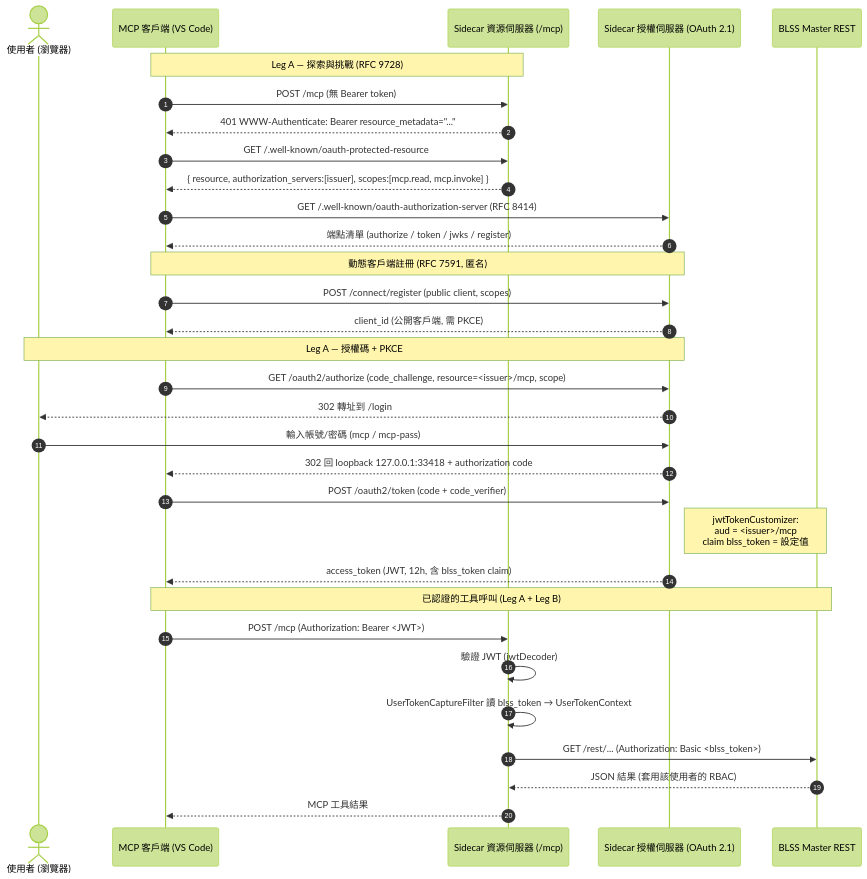
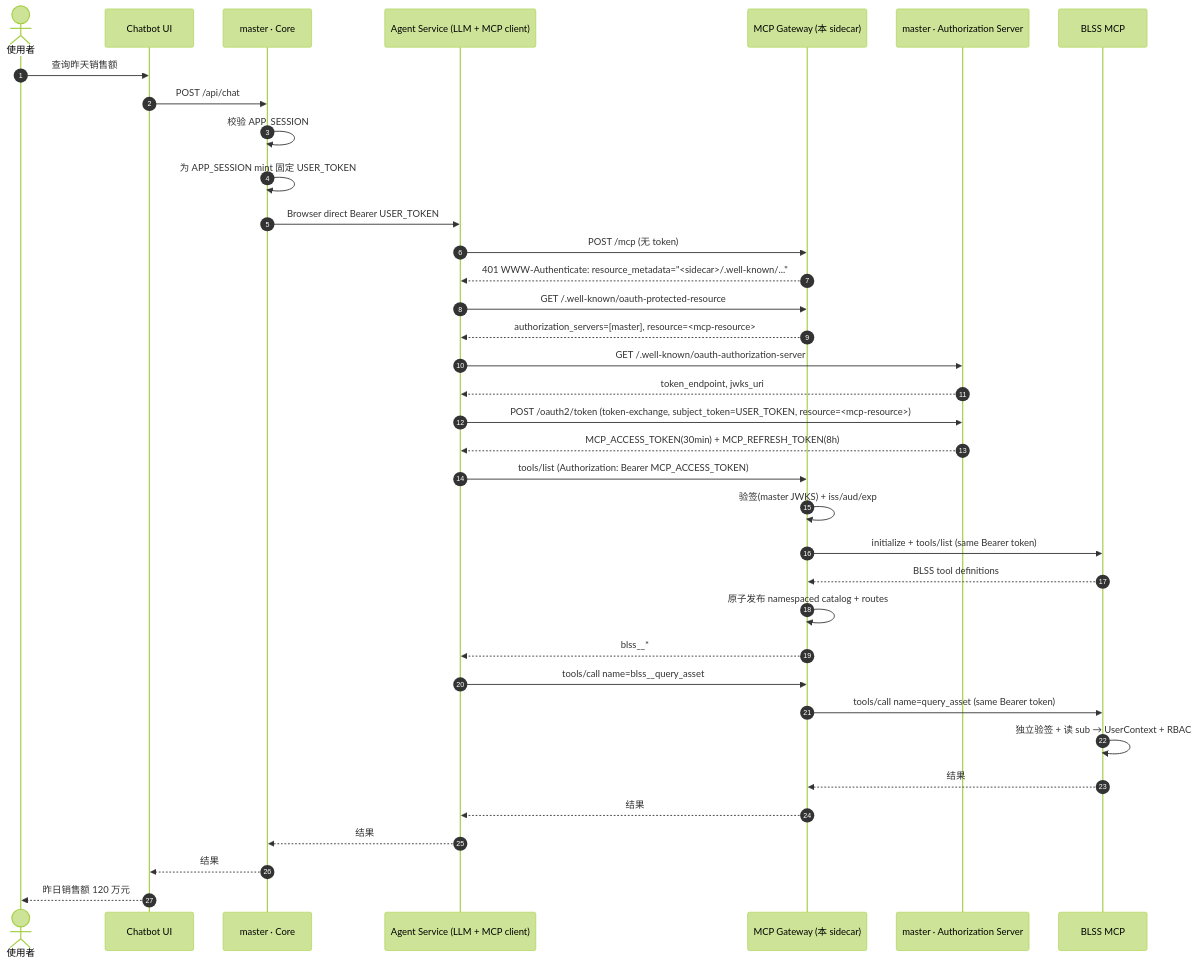
Before and after one commit to leiguo-eaton/mcp-spike: the first of 2 diagrams in doc/auth-flow.md, drawn with Mermaid (forest theme). The commit also changed other lines of this file and 69 other files, not shown here.

````diff
--- a/doc/auth-flow.md
+++ b/doc/auth-flow.md
@@ -131,38 +81,43 @@
 ```mermaid
 sequenceDiagram
     autonumber
-    actor User as 使用者 (瀏覽器)
-    participant VSCode as MCP 客戶端 (VS Code)
-    participant RS as Sidecar 資源伺服器 (/mcp)
-    participant AS as Sidecar 授權伺服器 (OAuth 2.1)
-    participant Master as BLSS Master REST
+    actor User as 使用者
+    participant UI as Chatbot UI
+    participant Core as master · Core
+    participant Agent as Agent Service (LLM + MCP client)
+    participant GW as MCP Gateway (本 sidecar)
+    participant AS as master · Authorization Server
+    participant BLSS as BLSS MCP
 
-    Note over VSCode,RS: Leg A — 探索與挑戰 (RFC 9728)
-    VSCode->>RS: POST /mcp (無 Bearer token)
-    RS-->>VSCode: 401 WWW-Authenticate: Bearer resource_metadata="..."
-    VSCode->>RS: GET /.well-known/oauth-protected-resource
-    RS-->>VSCode: { resource, authorization_servers:[issuer], scopes:[mcp.read, mcp.invoke] }
-    VSCode->>AS: GET /.well-known/oauth-authorization-server (RFC 8414)
-    AS-->>VSCode: 端點清單 (authorize / token / jwks / register)
+    User->>UI: 查询昨天销售额
+    UI->>Core: POST /api/chat
+    Core->>Core: 校验 APP_SESSION
+    Core->>Core: 为 APP_SESSION mint 固定 USER_TOKEN
+    Core->>Agent: Browser direct Bearer USER_TOKEN
 
-    Note over VSCode,AS: 動態客戶端註冊 (RFC 7591, 匿名)
-    VSCode->>AS: POST /connect/register (public client, scopes)
-    AS-->>VSCode: client_id (公開客戶端, 需 PKCE)
+    Agent->>GW: POST /mcp (无 token)
+    GW-->>Agent: 401 WWW-Authenticate: resource_metadata="<sidecar>/.well-known/..."
+    Agent->>GW: GET /.well-known/oauth-protected-resource
+    GW-->>Agent: authorization_servers=[master], resource=<mcp-resource>
+    Agent->>AS: GET /.well-known/oauth-authorization-server
+    AS-->>Agent: token_endpoint, jwks_uri
 
-    Note over User,AS: Leg A — 授權碼 + PKCE
-    VSCode->>AS: GET /oauth2/authorize (code_challenge, resource=<issuer>/mcp, scope)
-    AS-->>User: 302 轉址到 /login
-    User->>AS: 輸入帳號/密碼 (mcp / mcp-pass)
-    AS-->>VSCode: 302 回 loopback 127.0.0.1:33418 + authorization code
-    VSCode->>AS: POST /oauth2/token (code + code_verifier)
-    Note right of AS: jwtTokenCustomizer:<br/>aud = <issuer>/mcp<br/>claim blss_token = 設定值
-    AS-->>VSCode: access_token (JWT, 12h, 含 blss_token claim)
+    Agent->>AS: POST /oauth2/token (token-exchange, subject_token=USER_TOKEN, resource=<mcp-resource>)
+    AS-->>Agent: MCP_ACCESS_TOKEN(30min) + MCP_REFRESH_TOKEN(8h)
 
-    Note over VSCode,Master: 已認證的工具呼叫 (Leg A + Leg B)
-    VSCode->>RS: POST /mcp (Authorization: Bearer <JWT>)
-    RS->>RS: 驗證 JWT (jwtDecoder)
-    RS->>RS: UserTokenCaptureFilter 讀 blss_token → UserTokenContext
-    RS->>Master: GET /rest/... (Authorization: Basic <blss_token>)
-    Master-->>RS: JSON 結果 (套用該使用者的 RBAC)
-    RS-->>VSCode: MCP 工具結果
+    Agent->>GW: tools/list (Authorization: Bearer MCP_ACCESS_TOKEN)
+    GW->>GW: 验签(master JWKS) + iss/aud/exp
+    GW->>BLSS: initialize + tools/list (same Bearer token)
+    BLSS-->>GW: BLSS tool definitions
+    GW->>GW: 原子发布 namespaced catalog + routes
+    GW-->>Agent: blss__*
+
+    Agent->>GW: tools/call name=blss__query_asset
+    GW->>BLSS: tools/call name=query_asset (same Bearer token)
+    BLSS->>BLSS: 独立验签 + 读 sub → UserContext + RBAC
+    BLSS-->>GW: 结果
+    GW-->>Agent: 结果
+    Agent-->>Core: 结果
+    Core-->>UI: 结果
+    UI-->>User: 昨日销售额 120 万元
 ```
````
